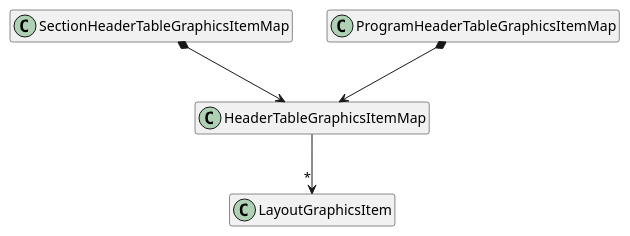
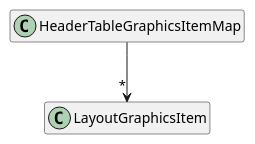
Before and after one commit to scandyna/MdtExecutableFile: the diagram in doc/plantuml/apps/ElfLayoutViewer/diagrams/HeaderTable_LayoutView_Map.puml, drawn with PlantUML. The commit also changed 3 other files, not shown here.

Commit message:
ElfLayoutViewer: remove unused SectionHeaderTableGraphicsItemMap and ProgramHeaderTableGraphicsItemMap

```diff
--- a/doc/plantuml/apps/ElfLayoutViewer/diagrams/HeaderTable_LayoutView_Map.puml
+++ b/doc/plantuml/apps/ElfLayoutViewer/diagrams/HeaderTable_LayoutView_Map.puml
@@ -1,24 +1,13 @@
 @startuml
 
 class HeaderTableGraphicsItemMap {
 }
 
 HeaderTableGraphicsItemMap --> "*" LayoutGraphicsItem
 
 
-class SectionHeaderTableGraphicsItemMap {
-}
-
-SectionHeaderTableGraphicsItemMap *--> HeaderTableGraphicsItemMap
-
-
-class ProgramHeaderTableGraphicsItemMap {
-}
-
-ProgramHeaderTableGraphicsItemMap *--> HeaderTableGraphicsItemMap
-
 
 hide methods
 hide attributes
 
 @enduml
```
